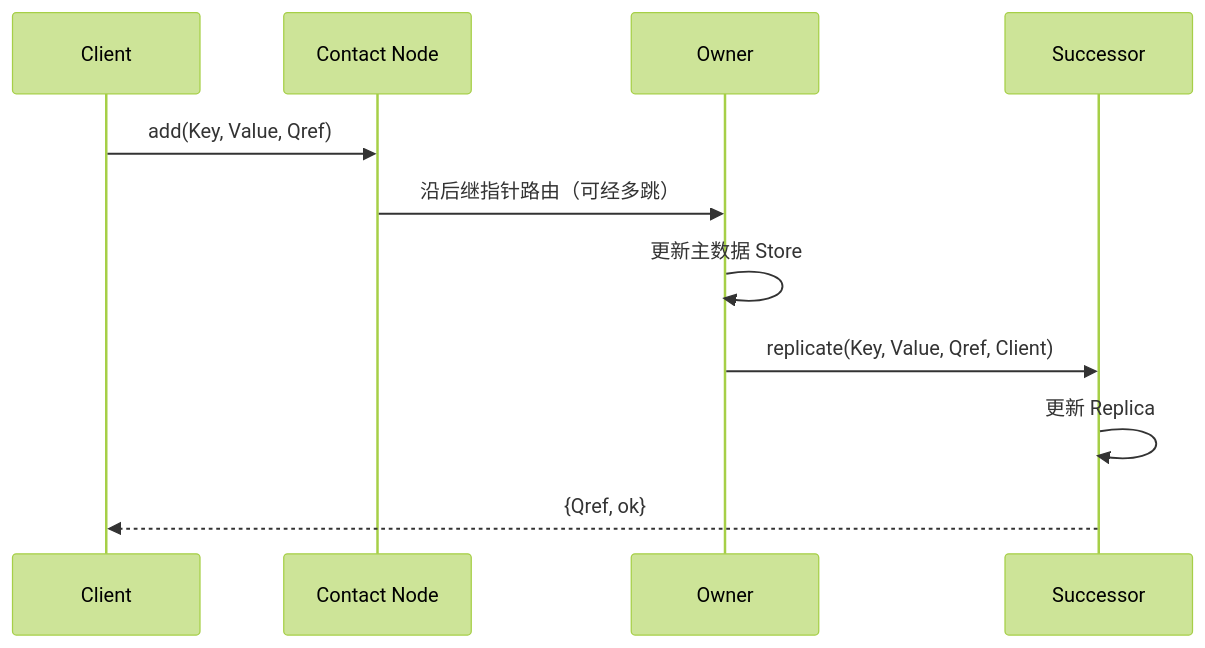
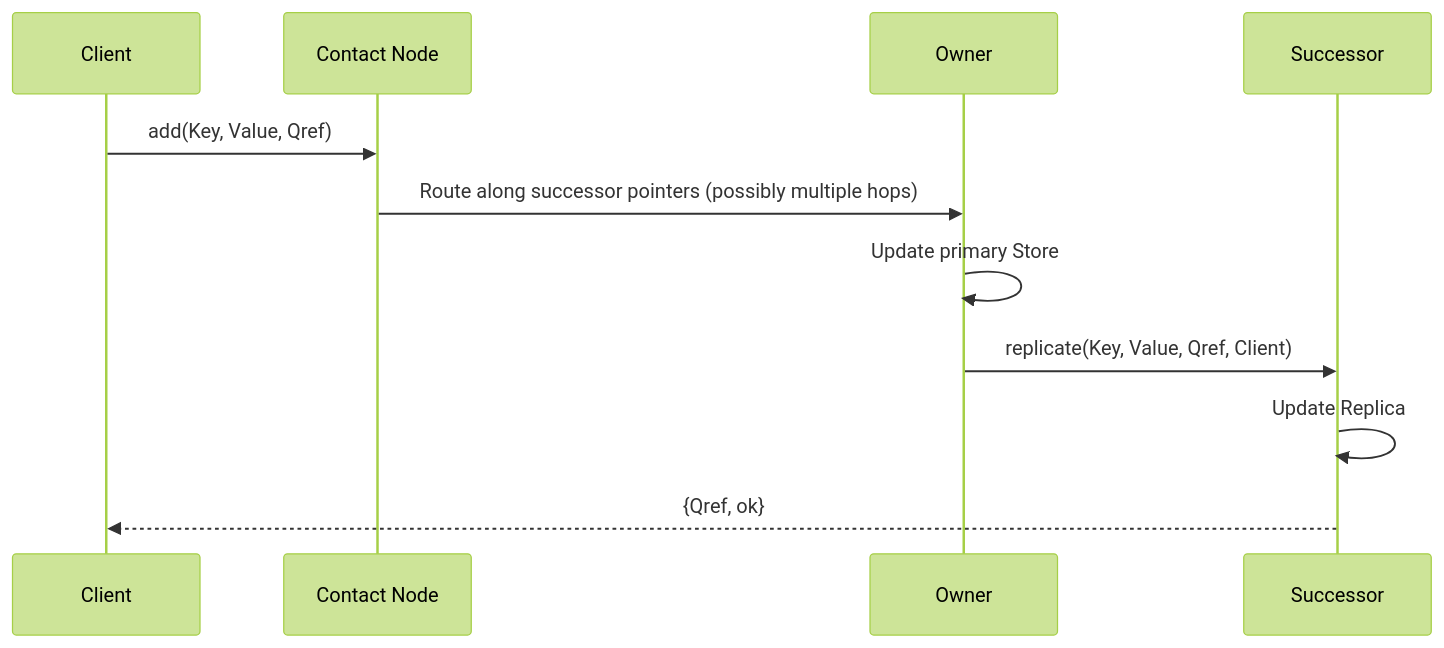
Before and after one commit to waku-hoomi/Distributed-system: the second of 2 diagrams in README.md, drawn with Mermaid (forest theme). The commit also changed other lines of this file and 2 other files, not shown here.

````diff
--- a/README.md
+++ b/README.md
@@ -116,13 +116,13 @@
 ```mermaid
 sequenceDiagram
     participant C as Client
     participant E as Contact Node
     participant O as Owner
     participant S as Successor
     C->>E: add(Key, Value, Qref)
-    E->>O: 沿后继指针路由（可经多跳）
-    O->>O: 更新主数据 Store
+    E->>O: Route along successor pointers (possibly multiple hops)
+    O->>O: Update primary Store
     O->>S: replicate(Key, Value, Qref, Client)
-    S->>S: 更新 Replica
+    S->>S: Update Replica
     S-->>C: {Qref, ok}
 ```
````
